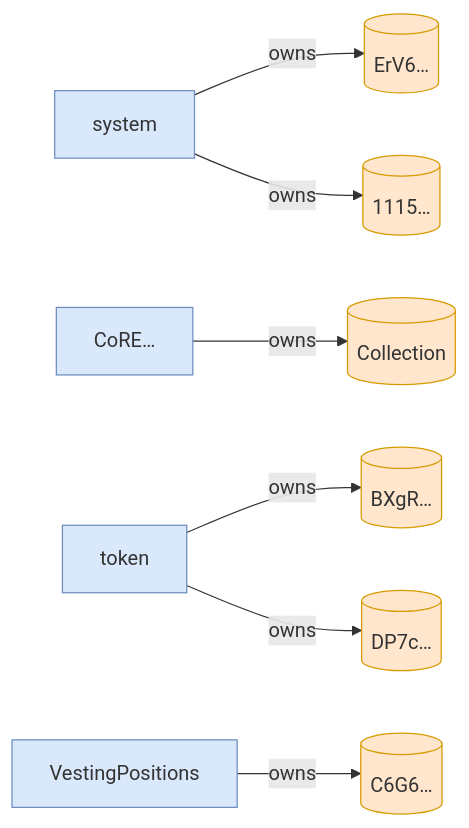
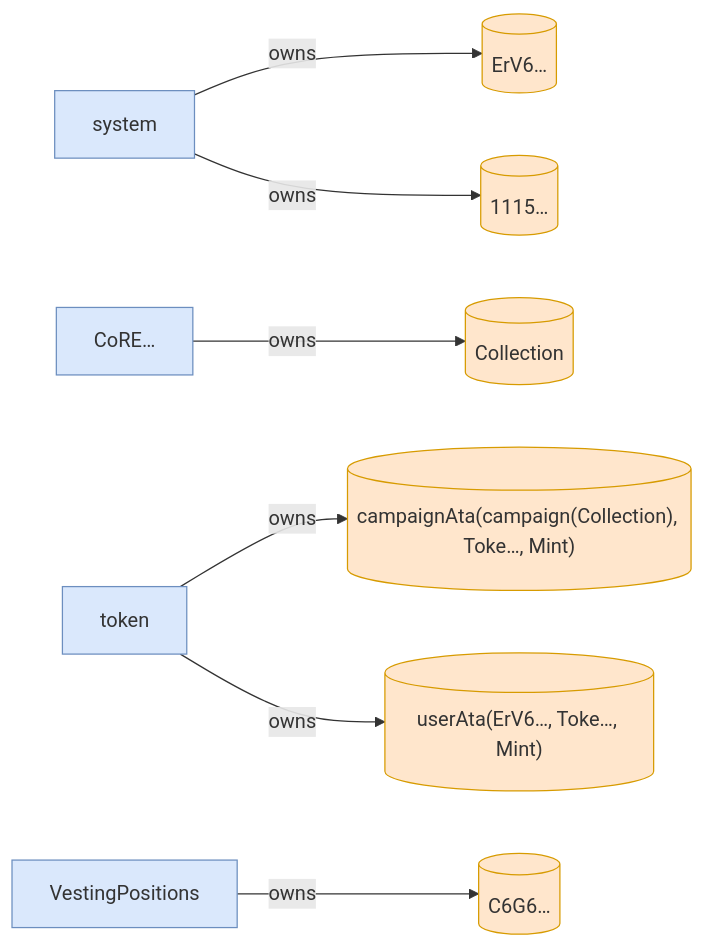
One commit to cds-turbin3/vesting-position changed the sixth of 6 diagrams in babelfish-tests/test-report/scenario_8_wrong_asset_subsequent_claim_fails.md. Above: the diagram before and after it, drawn with Mermaid. The commit also changed other lines of this file and 51 other files, not shown here.

````diff
--- a/babelfish-tests/test-report/scenario_8_wrong_asset_subsequent_claim_fails.md
+++ b/babelfish-tests/test-report/scenario_8_wrong_asset_subsequent_claim_fails.md
@@ -281,22 +245,22 @@
 ```mermaid
 flowchart LR
     system["system"]:::program
     ErV6[("ErV6…")]:::state
     CoRE["CoRE…"]:::program
     Collection[("Collection")]:::state
     token["token"]:::program
-    BXgR[("BXgR…")]:::state
-    DP7c[("DP7c…")]:::state
+    campaignAtacampaignCollectionTokeMint[("campaignAta(campaign(Collection), Toke…, Mint)")]:::state
+    userAtaErV6TokeMint[("userAta(ErV6…, Toke…, Mint)")]:::state
     1115[("1115…")]:::state
     VestingPositions["VestingPositions"]:::program
     C6G6[("C6G6…")]:::state
     system -->|owns| ErV6
     CoRE -->|owns| Collection
-    token -->|owns| BXgR
-    token -->|owns| DP7c
+    token -->|owns| campaignAtacampaignCollectionTokeMint
+    token -->|owns| userAtaErV6TokeMint
     system -->|owns| 1115
     VestingPositions -->|owns| C6G6
     classDef program fill:#dae8fc,stroke:#6c8ebf;
     classDef signer fill:#d5e8d4,stroke:#82b366;
     classDef state fill:#ffe6cc,stroke:#d79b00;
 ```
````
